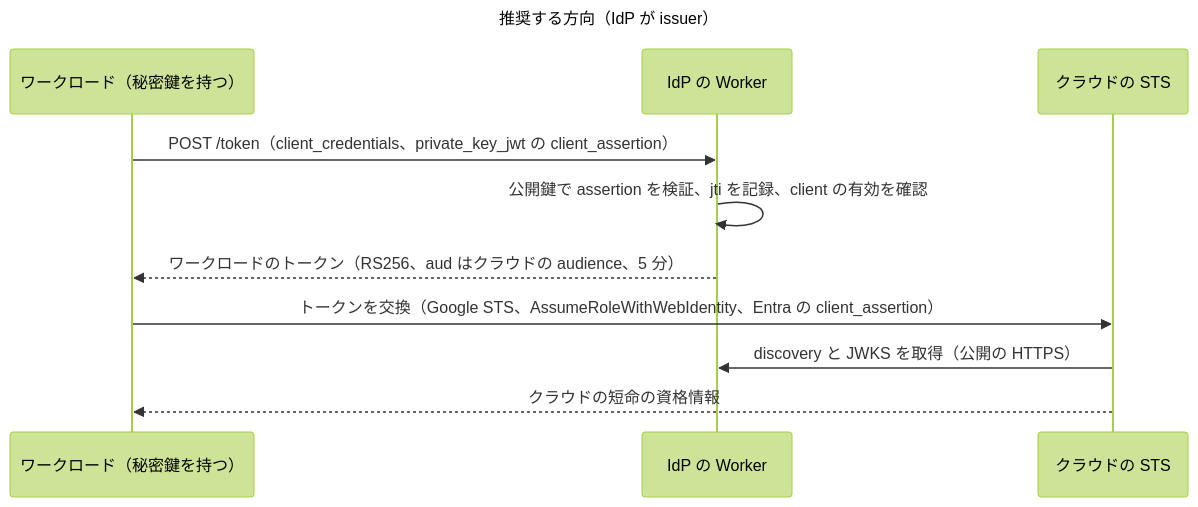
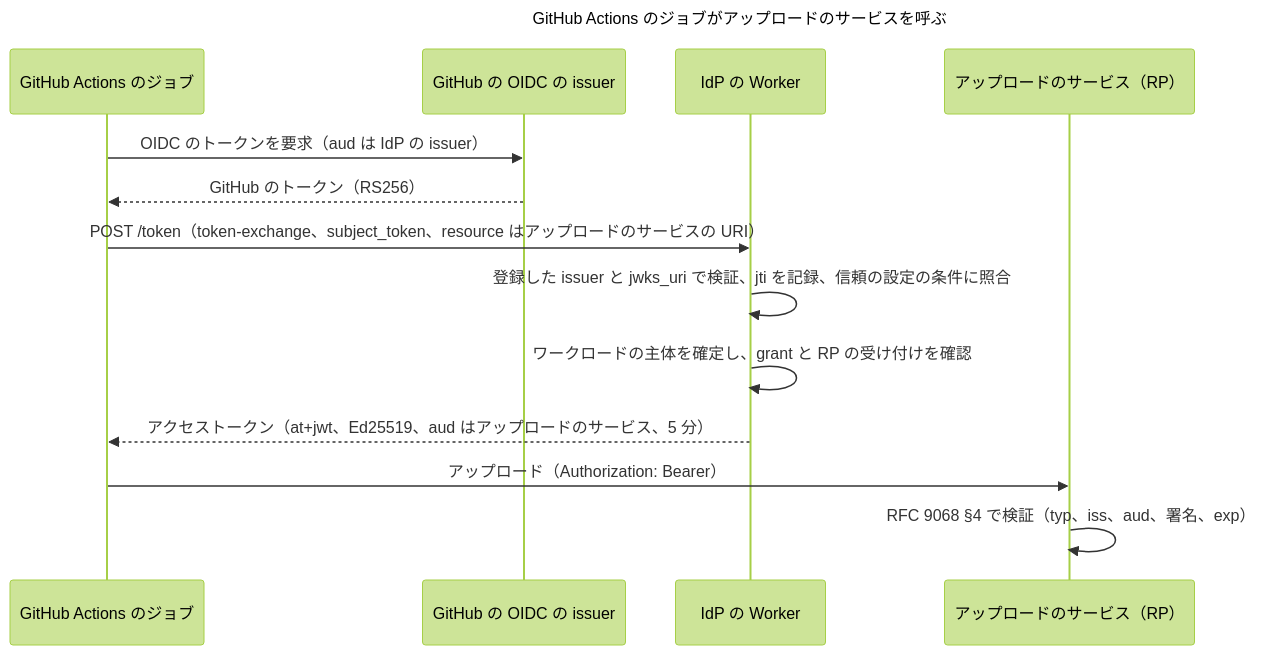
One commit to OJILab-dev/idp changed the first of 2 diagrams in docs/design/workload-identity-federation.md. Above: the diagram before and after it, drawn with Mermaid (forest theme). The commit also changed other lines of this file and 3 other files, not shown here.

````diff
--- a/docs/design/workload-identity-federation.md
+++ b/docs/design/workload-identity-federation.md
@@ -19,15 +35,18 @@
 ```mermaid
 ---
-title: 推奨する方向（IdP が issuer）
+title: GitHub Actions のジョブがアップロードのサービスを呼ぶ
 ---
 sequenceDiagram
-  participant W as ワークロード（秘密鍵を持つ）
+  participant J as GitHub Actions のジョブ
+  participant G as GitHub の OIDC の issuer
   participant I as IdP の Worker
-  participant S as クラウドの STS
-  W->>I: POST /token（client_credentials、private_key_jwt の client_assertion）
-  I->>I: 公開鍵で assertion を検証、jti を記録、client の有効を確認
-  I-->>W: ワークロードのトークン（RS256、aud はクラウドの audience、5 分）
-  W->>S: トークンを交換（Google STS、AssumeRoleWithWebIdentity、Entra の client_assertion）
-  S->>I: discovery と JWKS を取得（公開の HTTPS）
-  S-->>W: クラウドの短命の資格情報
+  participant U as アップロードのサービス（RP）
+  J->>G: OIDC のトークンを要求（aud は IdP の issuer）
+  G-->>J: GitHub のトークン（RS256）
+  J->>I: POST /token（token-exchange、subject_token、resource はアップロードのサービスの URI）
+  I->>I: 登録した issuer と jwks_uri で検証、jti を記録、信頼の設定の条件に照合
+  I->>I: ワークロードの主体を確定し、grant と RP の受け付けを確認
+  I-->>J: アクセストークン（at+jwt、Ed25519、aud はアップロードのサービス、5 分）
+  J->>U: アップロード（Authorization: Bearer）
+  U->>U: RFC 9068 §4 で検証（typ、iss、aud、署名、exp）
 ```
````
